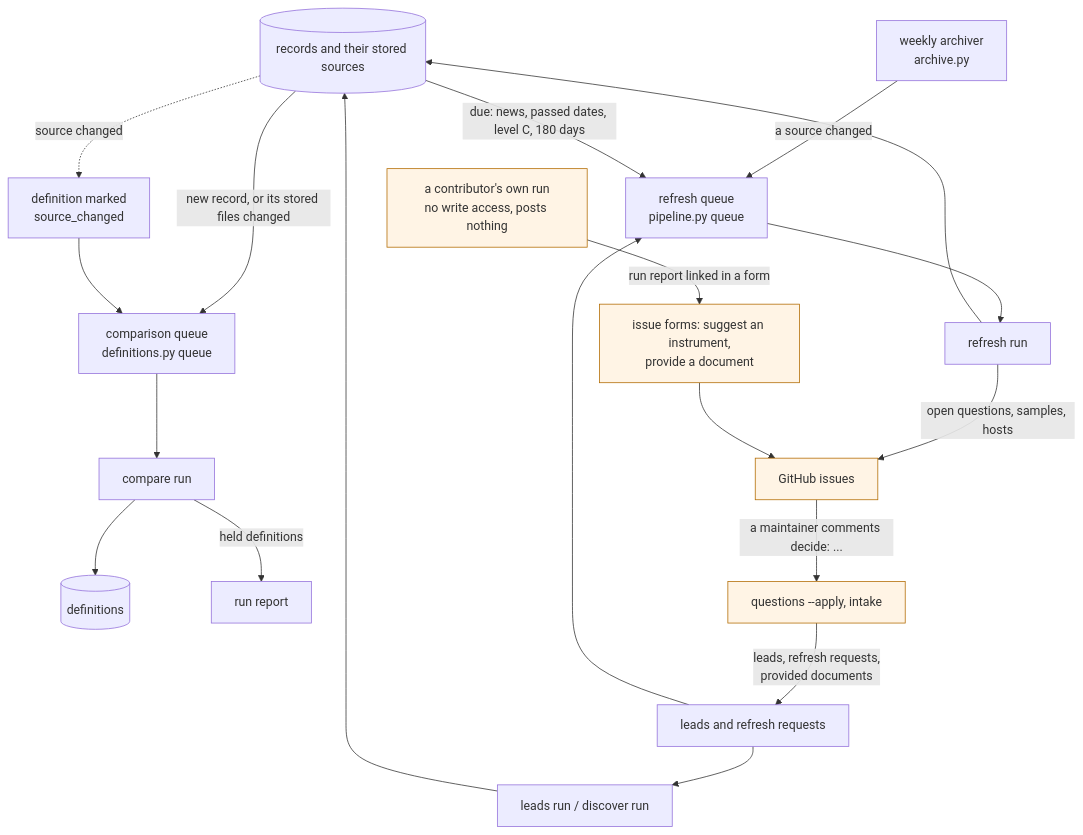
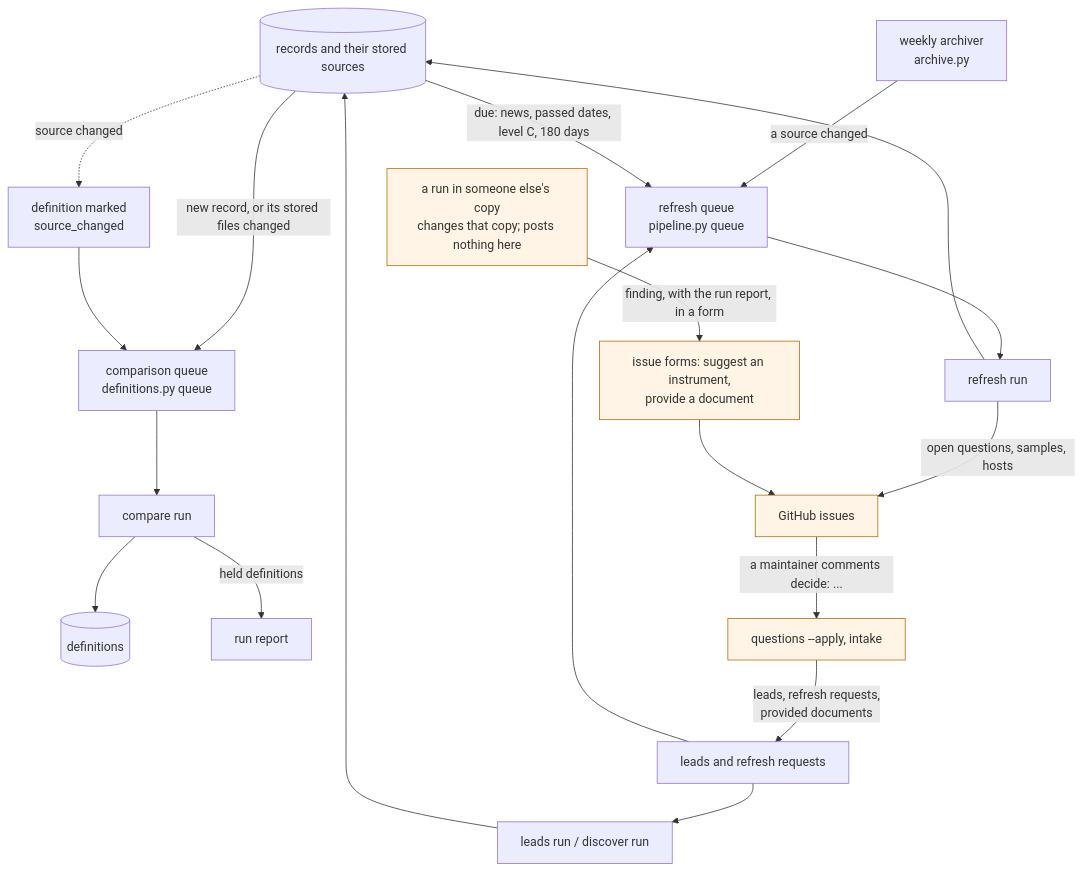
Before and after one commit to kelkalot/ai-safety-policy-register: the third of 4 diagrams in pipeline/flow.md, drawn with Mermaid. The commit also changed other lines of this file and 2 other files, not shown here.

Commit message:
README example 4: a run is complete in the user's own copy; findings reach the maintained register through the forms

````diff
--- a/pipeline/flow.md
+++ b/pipeline/flow.md
@@ -58,24 +58,24 @@
 ```mermaid
 flowchart TD
     rec[("records and their stored sources")]
     arch["weekly archiver<br/>archive.py"] -- "a source changed" --> rq
     rec -- "due: news, passed dates, level C, 180 days" --> rq["refresh queue<br/>pipeline.py queue"]
     rq --> FIND["refresh run"]
     FIND --> rec
     rec -- "new record, or its stored files changed" --> cq["comparison queue<br/>definitions.py queue"]
     cq --> COMP["compare run"]
     COMP --> defs[("definitions")]
     rec -. "source changed" .-> mark["definition marked<br/>source_changed"]
     mark --> cq
     FIND -- "open questions, samples, hosts" --> gh["GitHub issues"]
     COMP -- "held definitions" --> rep["run report"]
     gh -- "a maintainer comments decide: ..." --> apply["questions --apply, intake"]
     users["issue forms: suggest an instrument,<br/>provide a document"] --> gh
-    contrib["a contributor's own run<br/>no write access, posts nothing"] -- "run report linked in a form" --> users
+    contrib["a run in someone else's copy<br/>changes that copy; posts nothing here"] -- "finding, with the run report, in a form" --> users
     apply -- "leads, refresh requests,<br/>provided documents" --> lq["leads and refresh requests"]
     lq --> rq
     lq --> leads["leads run / discover run"]
     leads --> rec
     classDef human fill:#fff4e5,stroke:#b26b00
     class gh,apply,users,contrib human
 ```
````
